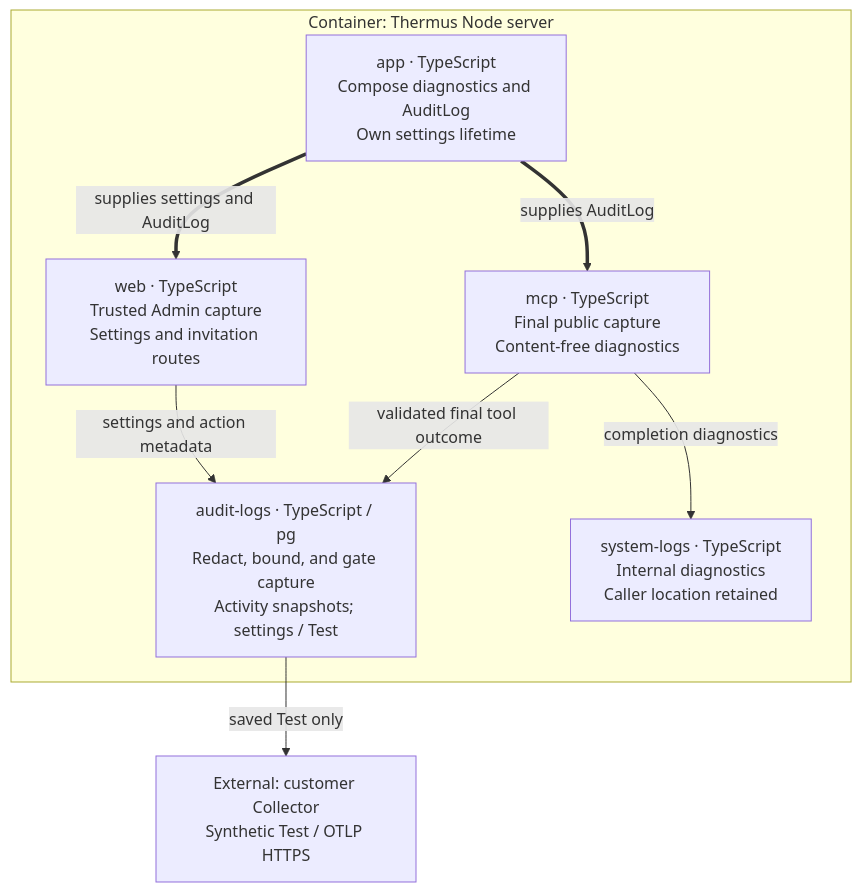
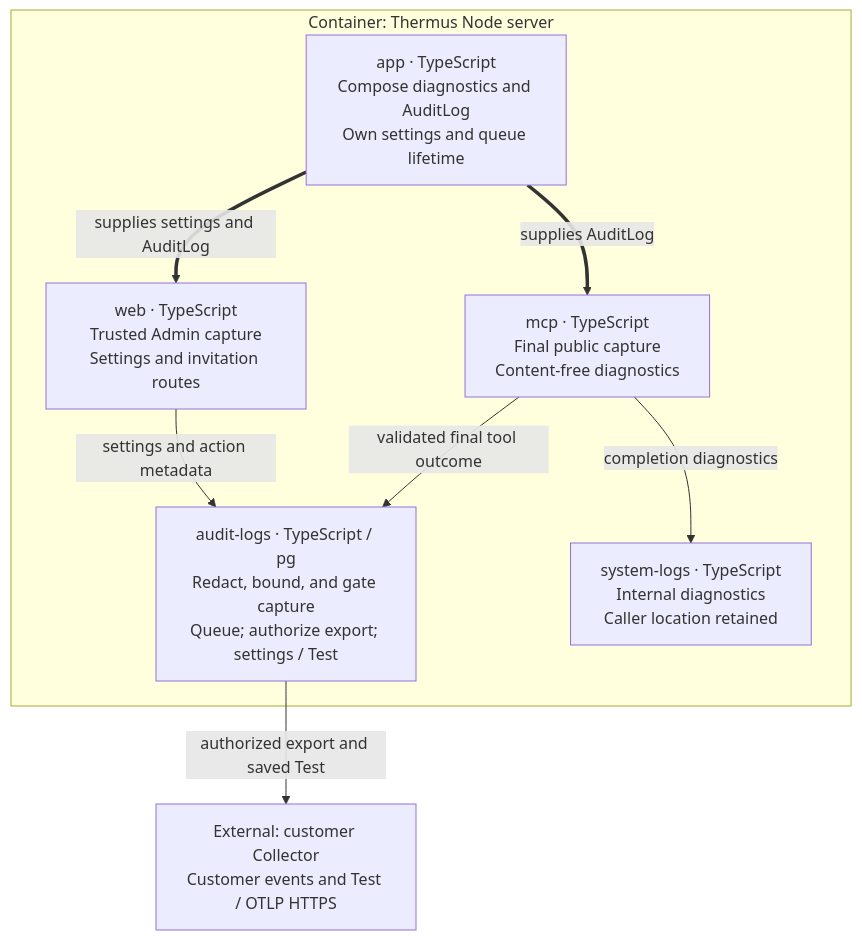
One commit to tomer-mayara/Thermus changed the seventh of 13 diagrams in architecture/components.md. Above: the diagram before and after it, drawn with Mermaid. The commit also changed other lines of this file and 13 other files, not shown here.

````diff
--- a/architecture/components.md
+++ b/architecture/components.md
@@ -306,17 +309,17 @@
 ```mermaid
 flowchart TB
   subgraph logs_server["Container: Thermus Node server"]
-    logs_app["app · TypeScript<br/>Compose diagnostics and AuditLog<br/>Own settings lifetime"]
+    logs_app["app · TypeScript<br/>Compose diagnostics and AuditLog<br/>Own settings and queue lifetime"]
     logs_mcp["mcp · TypeScript<br/>Final public capture<br/>Content-free diagnostics"]
     logs_web["web · TypeScript<br/>Trusted Admin capture<br/>Settings and invitation routes"]
-    logs_audit["audit-logs · TypeScript / pg<br/>Redact, bound, and gate capture<br/>Activity snapshots; settings / Test"]
+    logs_audit["audit-logs · TypeScript / pg<br/>Redact, bound, and gate capture<br/>Queue; authorize export; settings / Test"]
     logs_system["system-logs · TypeScript<br/>Internal diagnostics<br/>Caller location retained"]
   end
-  logs_collector["External: customer Collector<br/>Synthetic Test / OTLP HTTPS"]
+  logs_collector["External: customer Collector<br/>Customer events and Test / OTLP HTTPS"]
   logs_app ==>|supplies AuditLog| logs_mcp
   logs_app ==>|supplies settings and AuditLog| logs_web
   logs_mcp -->|validated final tool outcome| logs_audit
   logs_web -->|settings and action metadata| logs_audit
   logs_mcp -->|completion diagnostics| logs_system
-  logs_audit -->|saved Test only| logs_collector
+  logs_audit -->|authorized export and saved Test| logs_collector
 ```
````
